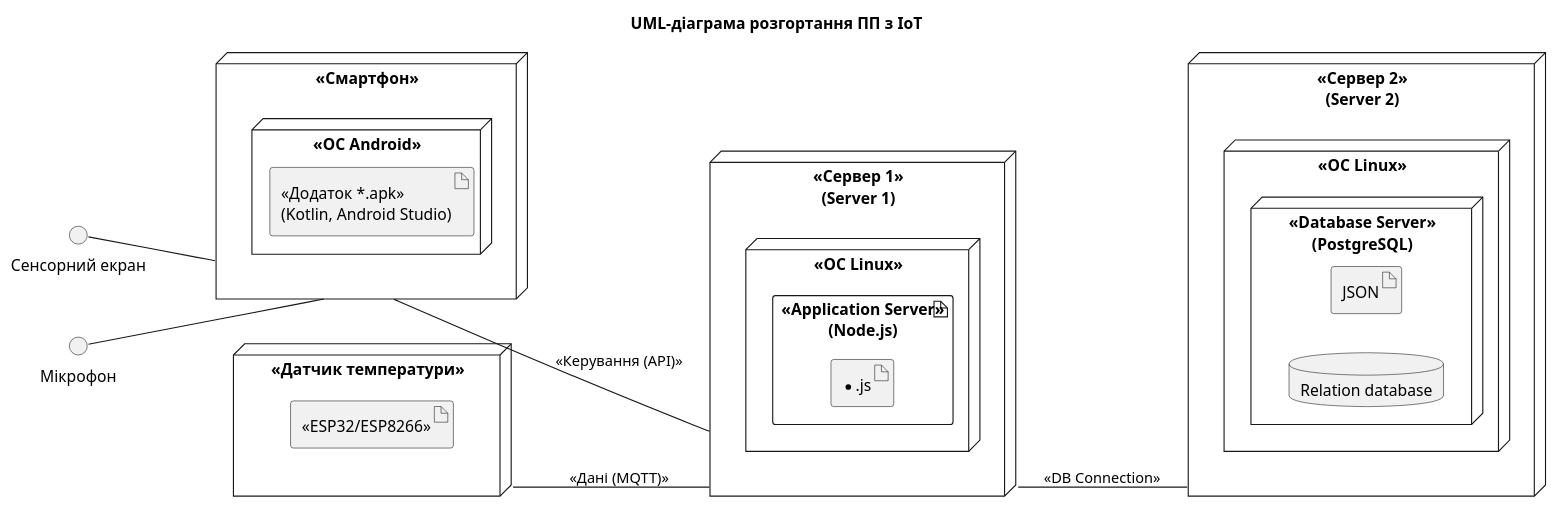
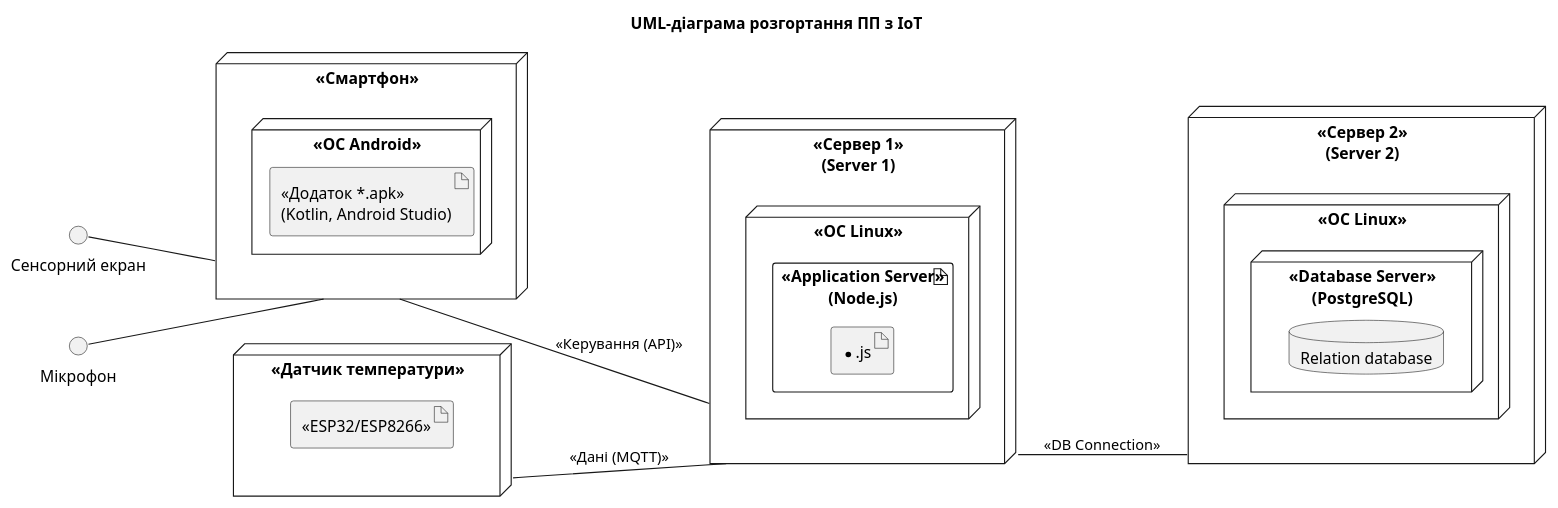
Before and after one commit to Julik52/NFR_Files: the diagram in ArchitectConcept.puml, drawn with PlantUML.

```diff
--- a/ArchitectConcept.puml
+++ b/ArchitectConcept.puml
@@ -1,53 +1,52 @@
 @startuml
 title UML-діаграма розгортання ПП з IoT
 
 ' --- Глобальні налаштування стилю та напрямку ---
 left to right direction
 skinparam componentStyle uml1
 skinparam rectangle {
   shadowing false
 }
 
 ' --- Зовнішні пристрої та IoT ---
 interface "Сенсорний екран" as Touchscreen
 interface "Мікрофон" as Mic
 node "<<Датчик температури>>" as IoTSensor {
   artifact "<<ESP32/ESP8266>>"
 }
 node "<<Смартфон>>" as Phone {
   node "<<OC Android>>" as AndroidOS {
     artifact "<<Додаток *.apk>>\n(Kotlin, Android Studio)" as App
   }
 }
 
 node "<<Сервер 1>>\n(Server 1)" as AppServer {
   node "<<OC Linux>>" as ServerOS_BL {
     artifact "<<Application Server>>\n(Node.js)" as Backend {
       artifact "*.js"
     }
   }
 }
 
 node "<<Сервер 2>>\n(Server 2)" as DBServer {
   node "<<OC Linux>>" as ServerOS_AL {
     node "<<Database Server>>\n(PostgreSQL)" as DB {
-      artifact "JSON" as JSON
       database "Relation database"
     }
   }
 }
 
 ' --- З'єднання ---
 Touchscreen -- Phone
 Mic -- Phone
 
 ' Зв'язок IoT датчика з сервером
 IoTSensor -- AppServer : <<Дані (MQTT)>>
 
 ' Зв'язок клієнта з сервером
 Phone -- AppServer : <<Керування (API)>>
 
 ' Зв'язок сервера з базою даних
 AppServer -- DBServer : <<DB Connection>>
 
 @enduml
```
